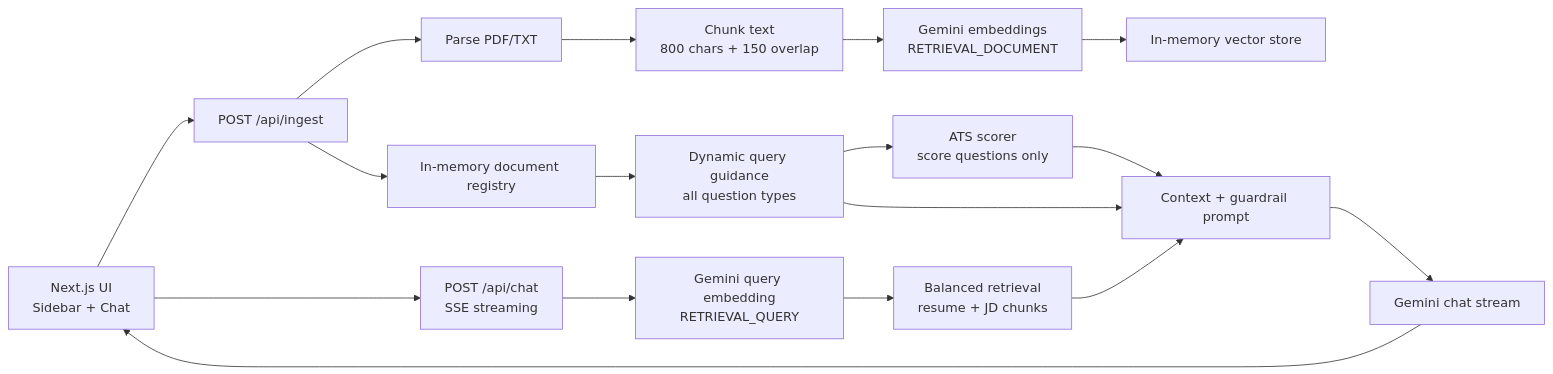
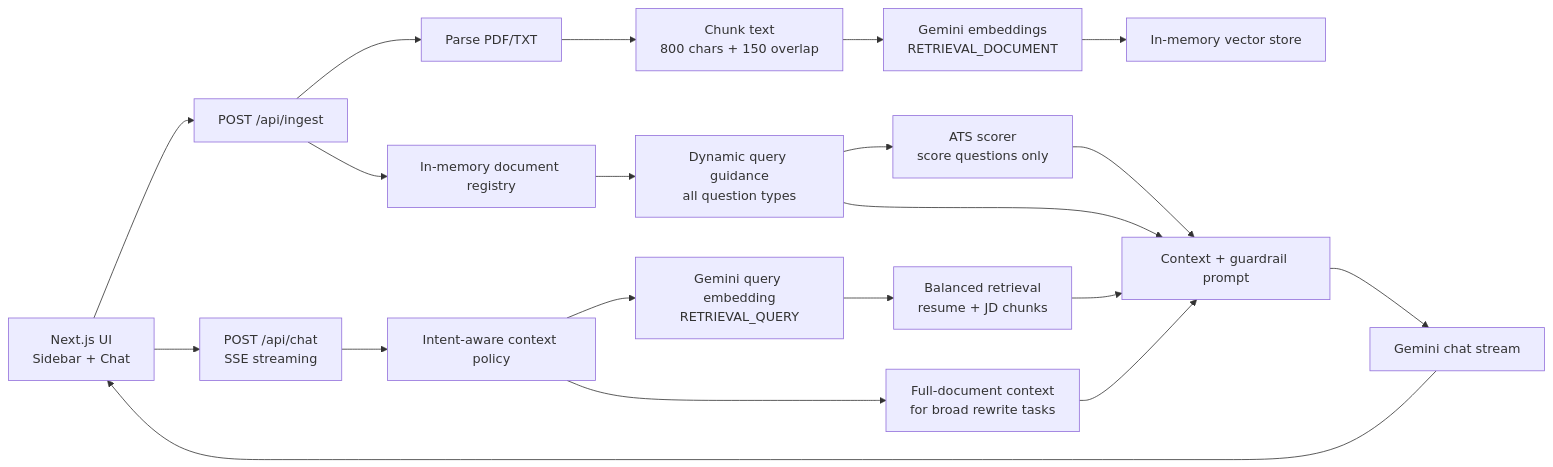
Before and after one commit to parasakirankumar9-afk/ChatwithCareerAssistant: the first of 2 diagrams in README.md, drawn with Mermaid. The commit also changed other lines of this file and 9 other files, not shown here.

````diff
--- a/README.md
+++ b/README.md
@@ -38,21 +40,24 @@
 ```mermaid
 flowchart LR
   UI["Next.js UI\nSidebar + Chat"] --> Ingest["POST /api/ingest"]
   UI --> Chat["POST /api/chat\nSSE streaming"]
 
   Ingest --> Parse["Parse PDF/TXT"]
   Parse --> Chunk["Chunk text\n800 chars + 150 overlap"]
   Chunk --> EmbedDocs["Gemini embeddings\nRETRIEVAL_DOCUMENT"]
   EmbedDocs --> Store["In-memory vector store"]
   Ingest --> Registry["In-memory document registry"]
 
-  Chat --> EmbedQuery["Gemini query embedding\nRETRIEVAL_QUERY"]
+  Chat --> RouteIntent["Intent-aware context policy"]
+  RouteIntent --> EmbedQuery["Gemini query embedding\nRETRIEVAL_QUERY"]
+  RouteIntent --> FullDoc["Full-document context\nfor broad rewrite tasks"]
   EmbedQuery --> Retrieve["Balanced retrieval\nresume + JD chunks"]
   Registry --> Intent["Dynamic query guidance\nall question types"]
   Intent --> Ats["ATS scorer\nscore questions only"]
   Retrieve --> Prompt["Context + guardrail prompt"]
+  FullDoc --> Prompt
   Ats --> Prompt
   Intent --> Prompt
   Prompt --> LLM["Gemini chat stream"]
   LLM --> UI
 ```
````
